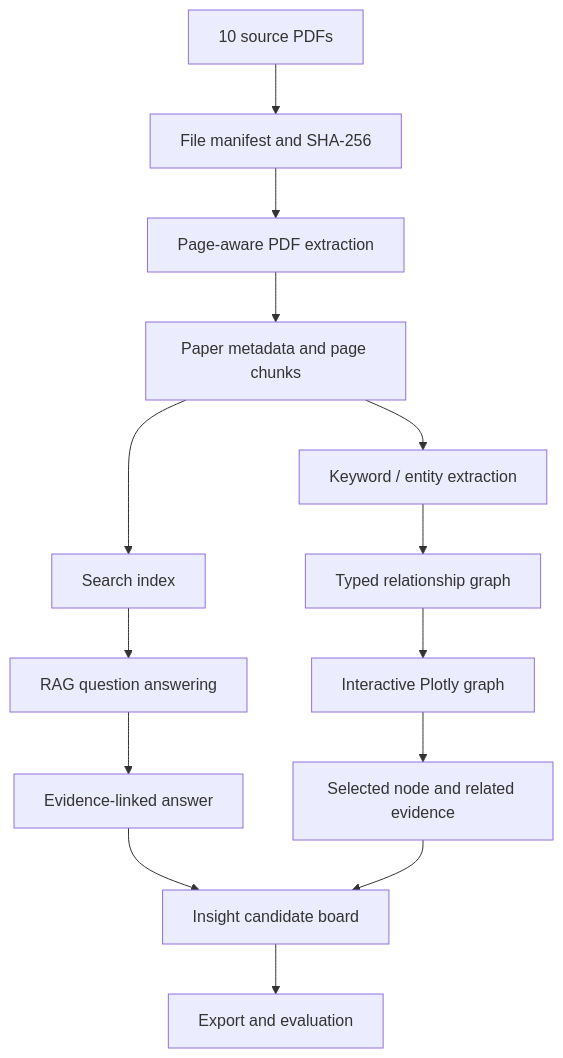
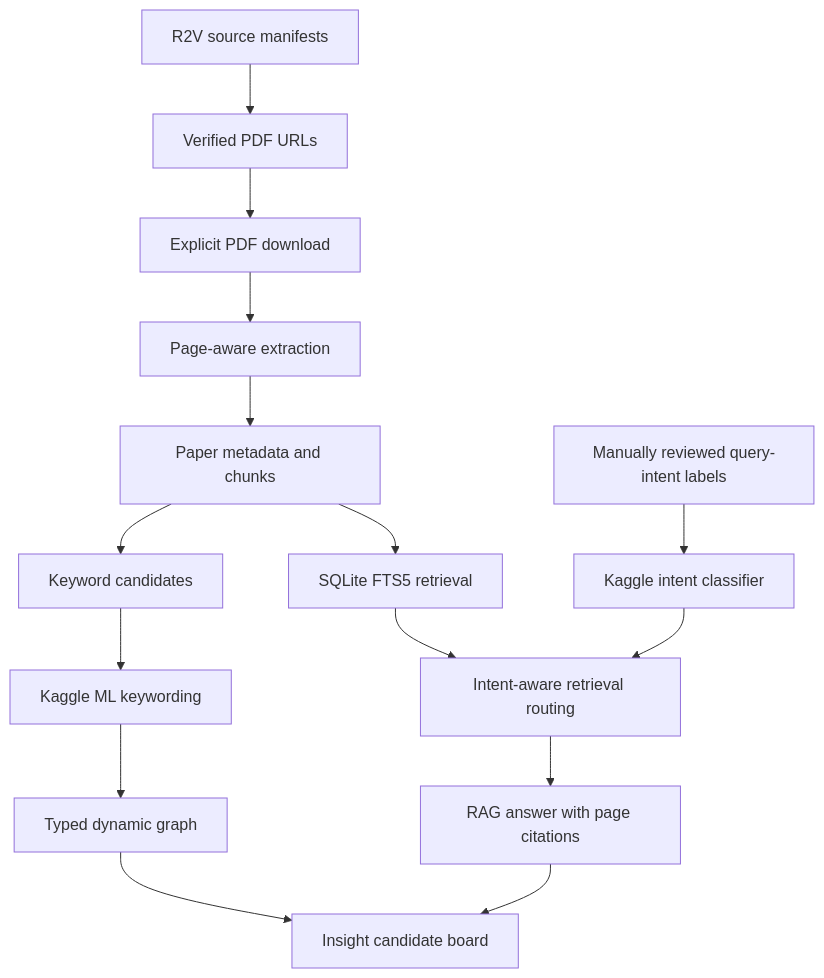
One commit to bonsai/paper-digest changed the diagram in docs/prd-paper-explorer.md. Above: the diagram before and after it, drawn with Mermaid. The commit also changed other lines of this file, not shown here.

Commit message:
Specify R2V PDF manifest and Kaggle keywording and intent ML

````diff
--- a/docs/prd-paper-explorer.md
+++ b/docs/prd-paper-explorer.md
@@ -16,16 +33,17 @@
 ```mermaid
 flowchart TD
-    A[10 source PDFs] --> B[File manifest and SHA-256]
-    B --> C[Page-aware PDF extraction]
-    C --> D[Paper metadata and page chunks]
-    D --> E[Search index]
-    D --> F[Keyword / entity extraction]
-    F --> G[Typed relationship graph]
-    E --> H[RAG question answering]
-    G --> I[Interactive Plotly graph]
-    H --> J[Evidence-linked answer]
-    I --> K[Selected node and related evidence]
-    J --> L[Insight candidate board]
-    K --> L
-    L --> M[Export and evaluation]
+    A[R2V source manifests] --> B[Verified PDF URLs]
+    B --> C[Explicit PDF download]
+    C --> D[Page-aware extraction]
+    D --> E[Paper metadata and chunks]
+    E --> F[SQLite FTS5 retrieval]
+    E --> G[Keyword candidates]
+    G --> H[Kaggle ML keywording]
+    H --> I[Typed dynamic graph]
+    J[Manually reviewed query-intent labels] --> K[Kaggle intent classifier]
+    K --> L[Intent-aware retrieval routing]
+    F --> L
+    L --> M[RAG answer with page citations]
+    I --> N[Insight candidate board]
+    M --> N
 ```
````
